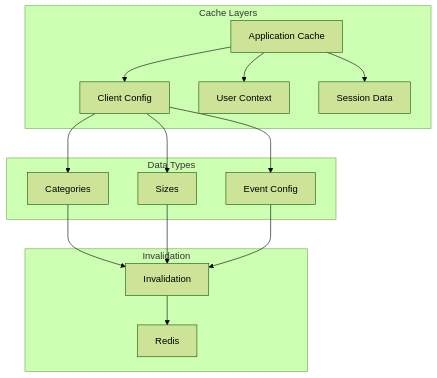
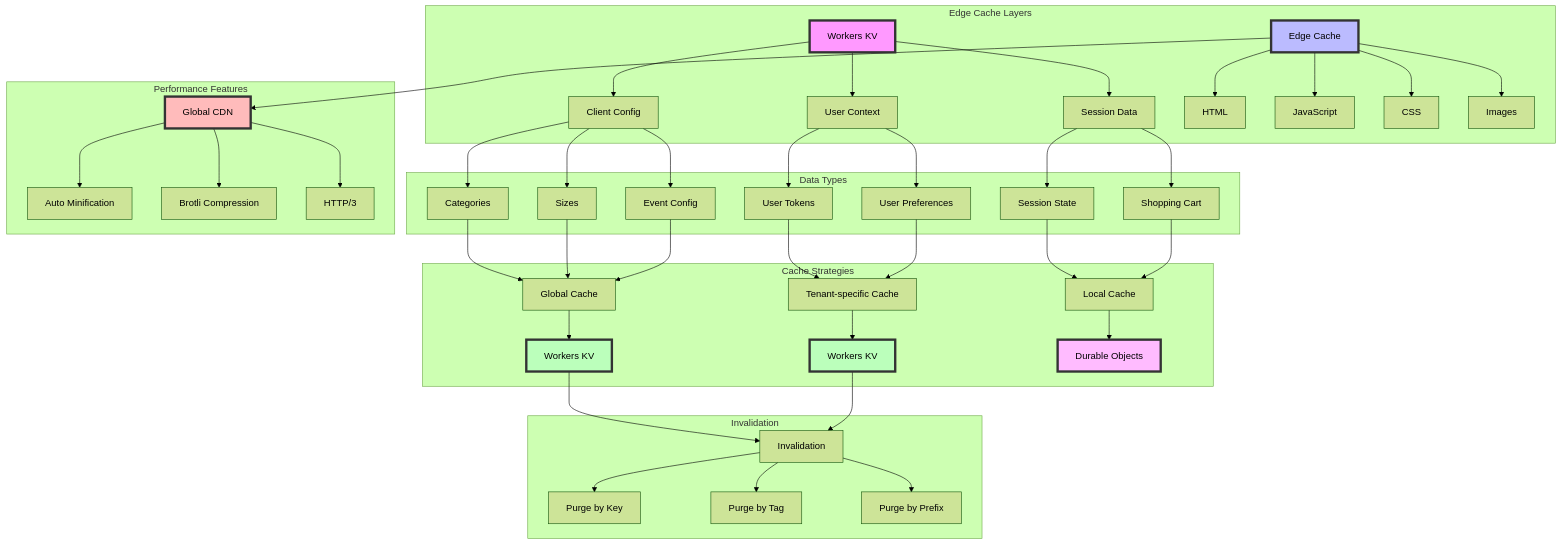
One commit to atEverychance/ProjectCR changed the diagram in docs/diagrams/architecture/cache-strategy.mmd. Above: the diagram before and after it, drawn with Mermaid (forest theme). The commit also changed 12 other files, not shown here.

Commit message:
Diagram updates

```diff
--- a/docs/diagrams/architecture/cache-strategy.mmd
+++ b/docs/diagrams/architecture/cache-strategy.mmd
@@ -1,17 +1,54 @@
 graph TD
-    subgraph "Cache Layers"
-        A[Application Cache] --> C[Client Config]
+    subgraph "Edge Cache Layers"
+        A[Workers KV] --> C[Client Config]
         A --> U[User Context]
         A --> S[Session Data]
+        
+        E[Edge Cache] --> H[HTML]
+        E --> J[JavaScript]
+        E --> CS[CSS]
+        E --> I[Images]
     end
     
     subgraph "Data Types"
         C --> CC[Categories]
         C --> SC[Sizes]
         C --> EC[Event Config]
+        
+        U --> UT[User Tokens]
+        U --> UP[User Preferences]
+        
+        S --> ST[Session State]
+        S --> SC2[Shopping Cart]
+    end
+    
+    subgraph "Cache Strategies"
+        CC & SC & EC --> G[Global Cache]
+        UT & UP --> T[Tenant-specific Cache]
+        ST & SC2 --> L[Local Cache]
+        
+        G --> KV1[Workers KV]
+        T --> KV2[Workers KV]
+        L --> DO[Durable Objects]
     end
     
     subgraph "Invalidation"
-        CC & SC & EC --> I[Invalidation]
-        I --> R[Redis]
+        KV1 & KV2 --> IV[Invalidation]
+        IV --> P1[Purge by Key]
+        IV --> P2[Purge by Tag]
+        IV --> P3[Purge by Prefix]
     end
+    
+    subgraph "Performance Features"
+        E --> CDN[Global CDN]
+        CDN --> CF1[Auto Minification]
+        CDN --> CF2[Brotli Compression]
+        CDN --> CF3[HTTP/3]
+    end
+
+    style A fill:#f9f,stroke:#333,stroke-width:4px
+    style E fill:#bbf,stroke:#333,stroke-width:4px
+    style KV1 fill:#bfb,stroke:#333,stroke-width:4px
+    style KV2 fill:#bfb,stroke:#333,stroke-width:4px
+    style DO fill:#fbf,stroke:#333,stroke-width:4px
+    style CDN fill:#fbb,stroke:#333,stroke-width:4px
```
